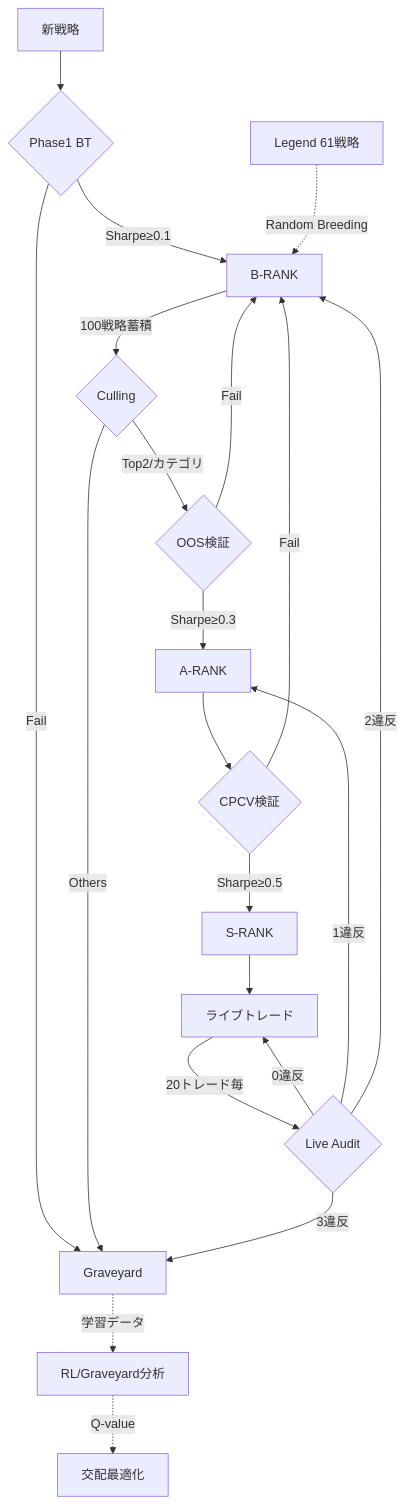
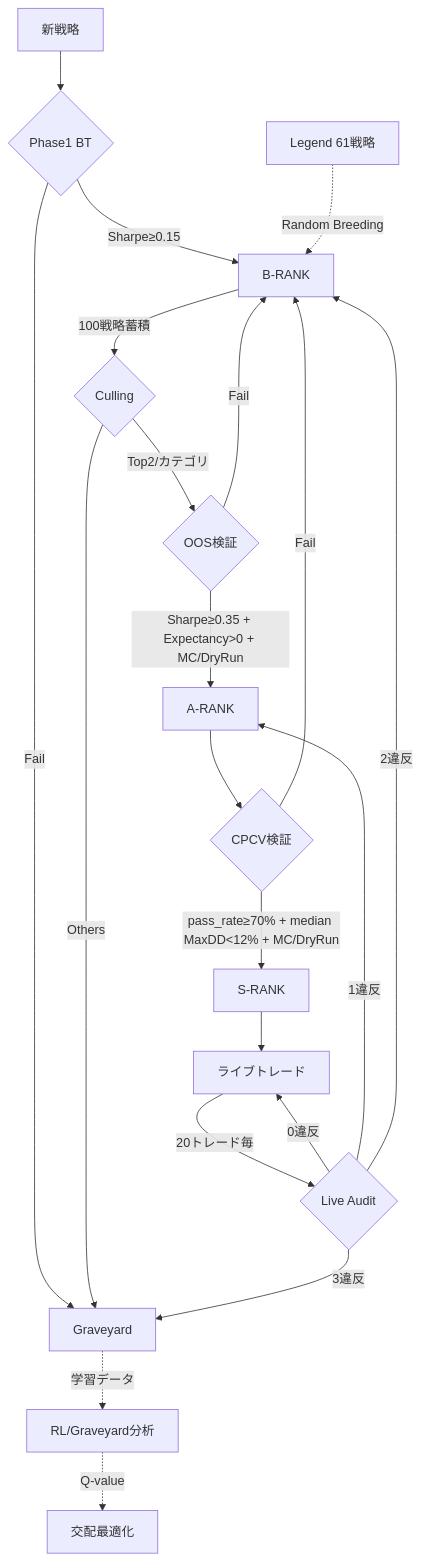
Before and after one commit to gethinu/swimmy-fx-tribe: the first of 2 diagrams in doc/knowledge/implementation_plan_v50.6.md, drawn with Mermaid. The commit also changed other lines of this file and 1 other file, not shown here.

Commit message:
docs: sync owners guide and v50.6 plan with v50.8 rank gates

````diff
--- a/doc/knowledge/implementation_plan_v50.6.md
+++ b/doc/knowledge/implementation_plan_v50.6.md
@@ -109,27 +122,27 @@
 ```mermaid
 graph TD
     A[新戦略] --> B{Phase1 BT}
-    B -->|Sharpe≥0.1| C[B-RANK]
+    B -->|Sharpe≥0.15| C[B-RANK]
     B -->|Fail| D[Graveyard]
     C -->|100戦略蓄積| E{Culling}
     E -->|Top2/カテゴリ| F{OOS検証}
-    F -->|Sharpe≥0.3| AR[A-RANK]
+    F -->|Sharpe≥0.35 + Expectancy>0 + MC/DryRun| AR[A-RANK]
     F -->|Fail| C
     E -->|Others| D
     AR --> G{CPCV検証}
-    G -->|Sharpe≥0.5| H[S-RANK]
+    G -->|pass_rate≥70% + median MaxDD<12% + MC/DryRun| H[S-RANK]
     G -->|Fail| C
     
     %% S-RANK Live Trade Audit (V47.5)
     H --> I[ライブトレード]
     I -->|20トレード毎| J{Live Audit}
     J -->|0違反| I
     J -->|1違反| AR
     J -->|2違反| C
     J -->|3違反| D
     
     %% Learning & Breeding
     L[Legend 61戦略] -.->|Random Breeding| C
     D -.->|学習データ| M[RL/Graveyard分析]
     M -.->|Q-value| N[交配最適化]
 ```
````
